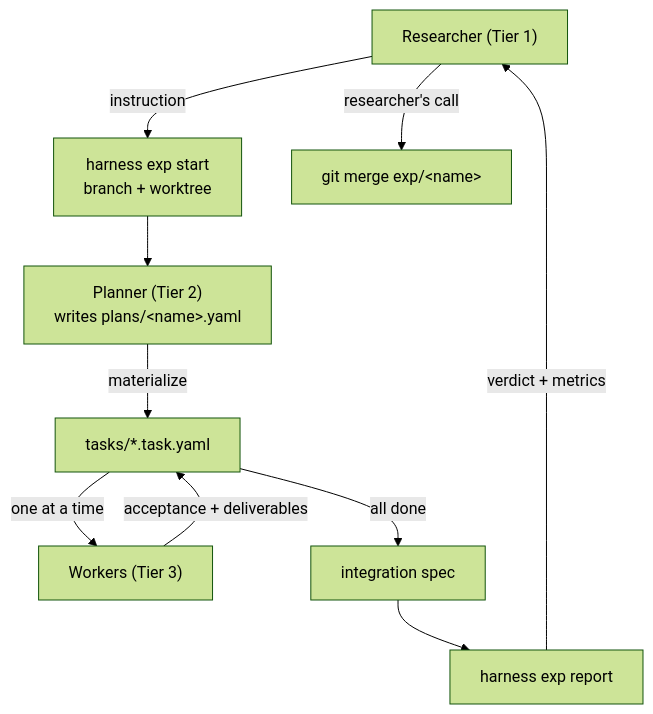
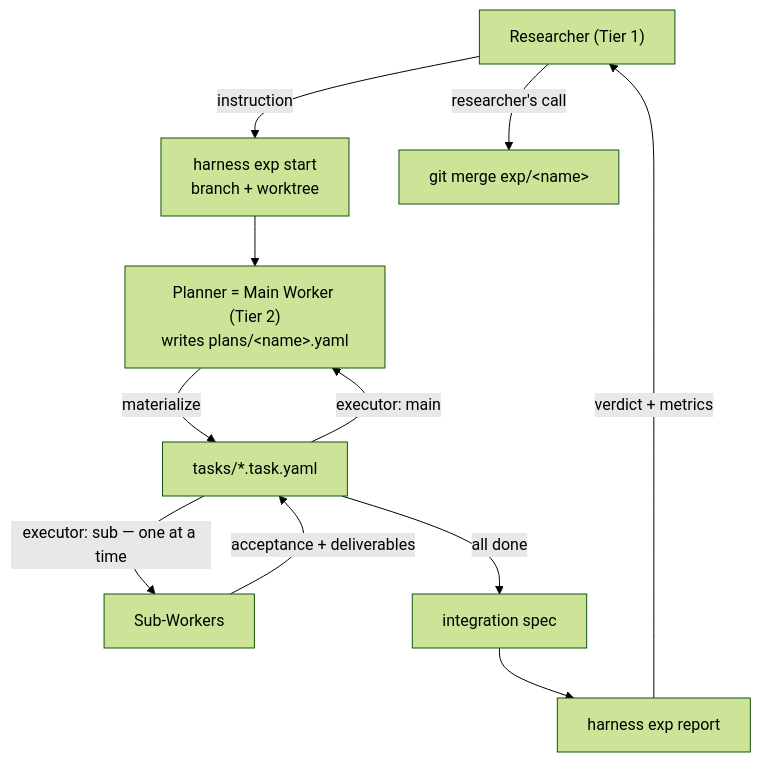
The diagram in docs/experiments.md (teasol/harness-template), drawn with Mermaid (forest theme) before and after one commit. The commit also changed 15 other files, not shown here.

First line of the commit message:
refactor: two tiers, and the Planner is the Main Worker

````diff
--- a/docs/experiments.md
+++ b/docs/experiments.md
@@ -13,12 +13,13 @@
 ```mermaid
 flowchart TD
     R["Researcher (Tier 1)"] -->|"instruction"| E["harness exp start<br/>branch + worktree"]
-    E --> P["Planner (Tier 2)<br/>writes plans/&lt;name&gt;.yaml"]
+    E --> P["Planner = Main Worker (Tier 2)<br/>writes plans/&lt;name&gt;.yaml"]
     P -->|"materialize"| T["tasks/*.task.yaml"]
-    T -->|"one at a time"| W["Workers (Tier 3)"]
+    T -->|"executor: main"| P
+    T -->|"executor: sub — one at a time"| W["Sub-Workers"]
     W -->|"acceptance + deliverables"| T
     T -->|"all done"| I["integration spec"]
     I --> RPT["harness exp report"]
     RPT -->|"verdict + metrics"| R
     R -->|"researcher's call"| M["git merge exp/&lt;name&gt;"]
 ```
````
